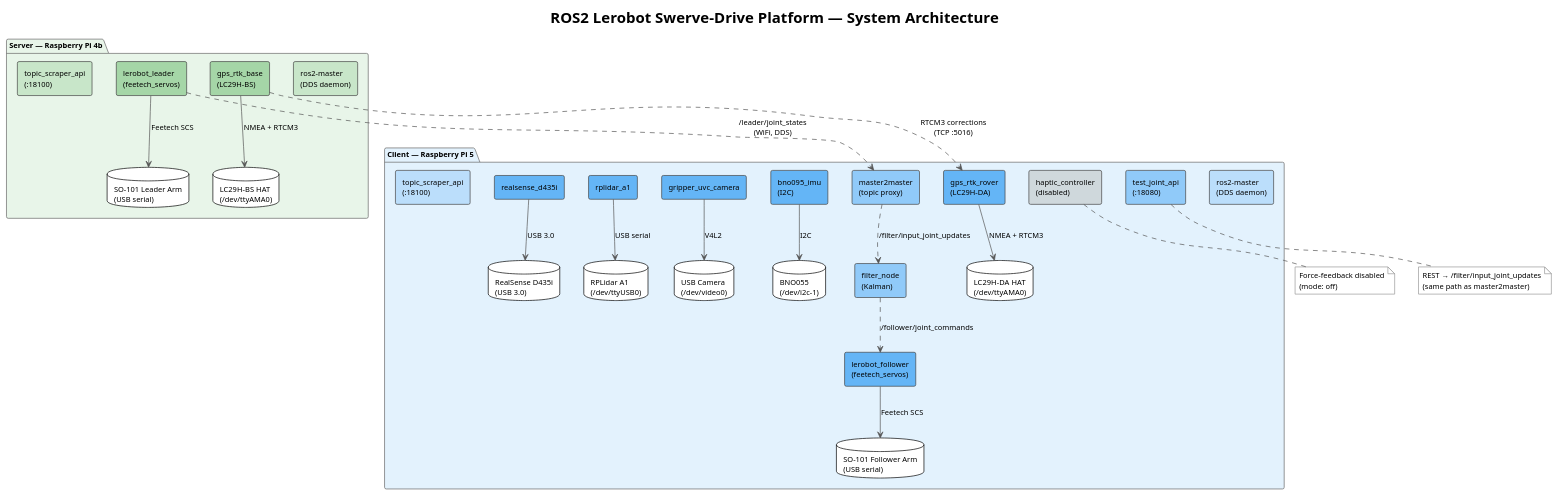
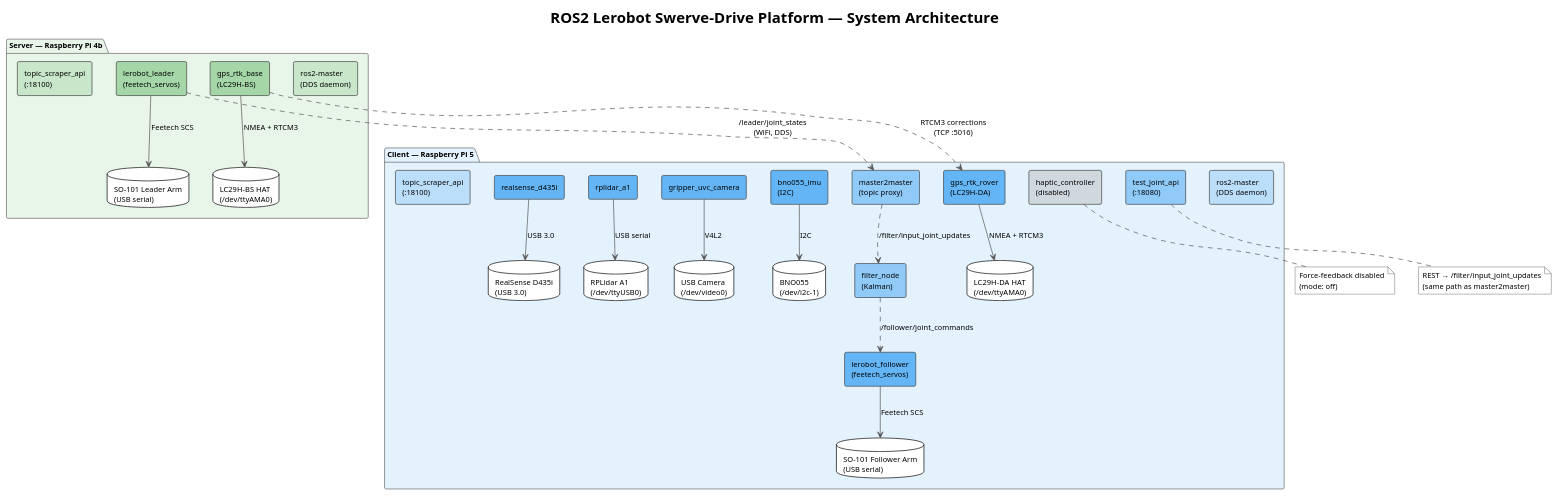
Before and after one commit to szymonrychu/ros2-lerobot-swerve-platform: the diagram in docs/diagrams/architecture.puml, drawn with PlantUML. The commit also changed 24 other files, not shown here.

First line of the commit message:
fix: rename IMU node to bno055 and align config names

```diff
--- a/docs/diagrams/architecture.puml
+++ b/docs/diagrams/architecture.puml
@@ -1,71 +1,71 @@
 @startuml architecture
 !theme plain
 skinparam backgroundColor white
 skinparam componentStyle rectangle
 skinparam defaultFontSize 11
 skinparam packageBorderColor #666
 skinparam componentBorderColor #444
 skinparam arrowColor #555
 skinparam noteBorderColor #999
 
 title ROS2 Lerobot Swerve-Drive Platform — System Architecture
 
 package "Server — Raspberry Pi 4b" as server #E8F5E9 {
   component "ros2-master\n(DDS daemon)" as s_master #C8E6C9
   component "lerobot_leader\n(feetech_servos)" as s_leader #A5D6A7
   component "gps_rtk_base\n(LC29H-BS)" as s_gps #A5D6A7
   component "topic_scraper_api\n(:18100)" as s_scraper #C8E6C9
 
   database "SO-101 Leader Arm\n(USB serial)" as hw_leader
   database "LC29H-BS HAT\n(/dev/ttyAMA0)" as hw_gps_bs
 
   s_leader --> hw_leader : Feetech SCS
   s_gps --> hw_gps_bs : NMEA + RTCM3
 }
 
 package "Client — Raspberry Pi 5" as client #E3F2FD {
   component "ros2-master\n(DDS daemon)" as c_master #BBDEFB
   component "master2master\n(topic proxy)" as c_m2m #90CAF9
   component "filter_node\n(Kalman)" as c_filter #90CAF9
   component "lerobot_follower\n(feetech_servos)" as c_follower #64B5F6
   component "gps_rtk_rover\n(LC29H-DA)" as c_gps #64B5F6
-  component "bno095_imu\n(I2C)" as c_imu #64B5F6
+  component "bno055_imu\n(I2C)" as c_imu #64B5F6
   component "gripper_uvc_camera" as c_cam #64B5F6
   component "rplidar_a1" as c_rplidar #64B5F6
   component "realsense_d435i" as c_realsense #64B5F6
   component "haptic_controller\n(disabled)" as c_haptic #CFD8DC
   component "test_joint_api\n(:18080)" as c_testapi #90CAF9
   component "topic_scraper_api\n(:18100)" as c_scraper #BBDEFB
 
   database "SO-101 Follower Arm\n(USB serial)" as hw_follower
   database "LC29H-DA HAT\n(/dev/ttyAMA0)" as hw_gps_da
   database "BNO055\n(/dev/i2c-1)" as hw_imu
   database "USB Camera\n(/dev/video0)" as hw_cam
   database "RPLidar A1\n(/dev/ttyUSB0)" as hw_lidar
   database "RealSense D435i\n(USB 3.0)" as hw_rs
 
   c_follower --> hw_follower : Feetech SCS
   c_gps --> hw_gps_da : NMEA + RTCM3
   c_imu --> hw_imu : I2C
   c_cam --> hw_cam : V4L2
   c_rplidar --> hw_lidar : USB serial
   c_realsense --> hw_rs : USB 3.0
 }
 
 s_leader ..> c_m2m : /leader/joint_states\n(WiFi, DDS)
 c_m2m ..> c_filter : /filter/input_joint_updates
 c_filter ..> c_follower : /follower/joint_commands
 
 s_gps ..> c_gps : RTCM3 corrections\n(TCP :5016)
 
 note bottom of c_testapi
   REST → /filter/input_joint_updates
   (same path as master2master)
 end note
 
 note bottom of c_haptic
   Force-feedback disabled
   (mode: off)
 end note
 
 @enduml
```
